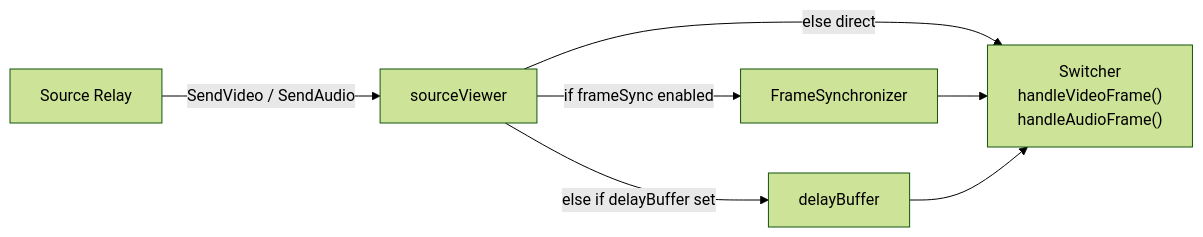
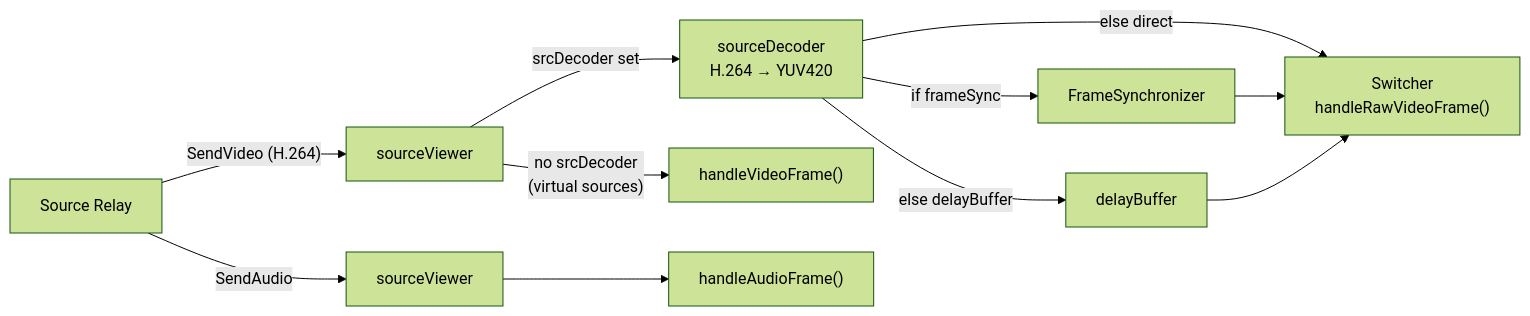
One commit to zsiec/switchframe changed the fourth of 22 diagrams in docs/architecture.md. Above: the diagram before and after it, drawn with Mermaid (forest theme). The commit also changed other lines of this file and 2 other files, not shown here.

First line of the commit message:
docs: update architecture and locking docs for always-decode

````diff
--- a/docs/architecture.md
+++ b/docs/architecture.md
@@ -174,9 +175,13 @@
 ```mermaid
 flowchart LR
-    relay["Source Relay"] -->|SendVideo / SendAudio| sv["sourceViewer"]
-    sv -->|"if frameSync enabled"| fs["FrameSynchronizer"]
-    sv -->|"else if delayBuffer set"| db["delayBuffer"]
-    sv -->|"else direct"| sw["Switcher<br/>handleVideoFrame()<br/>handleAudioFrame()"]
+    relay["Source Relay"] -->|"SendVideo (H.264)"| sv["sourceViewer"]
+    sv -->|"srcDecoder set"| sd["sourceDecoder<br/>H.264 → YUV420"]
+    sd -->|"if frameSync"| fs["FrameSynchronizer"]
+    sd -->|"else delayBuffer"| db["delayBuffer"]
+    sd -->|"else direct"| sw["Switcher<br/>handleRawVideoFrame()"]
+    sv -->|"no srcDecoder<br/>(virtual sources)"| hvf["handleVideoFrame()"]
     fs --> sw
     db --> sw
+    relay -->|"SendAudio"| sva["sourceViewer"]
+    sva --> sw2["handleAudioFrame()"]
 ```
````
